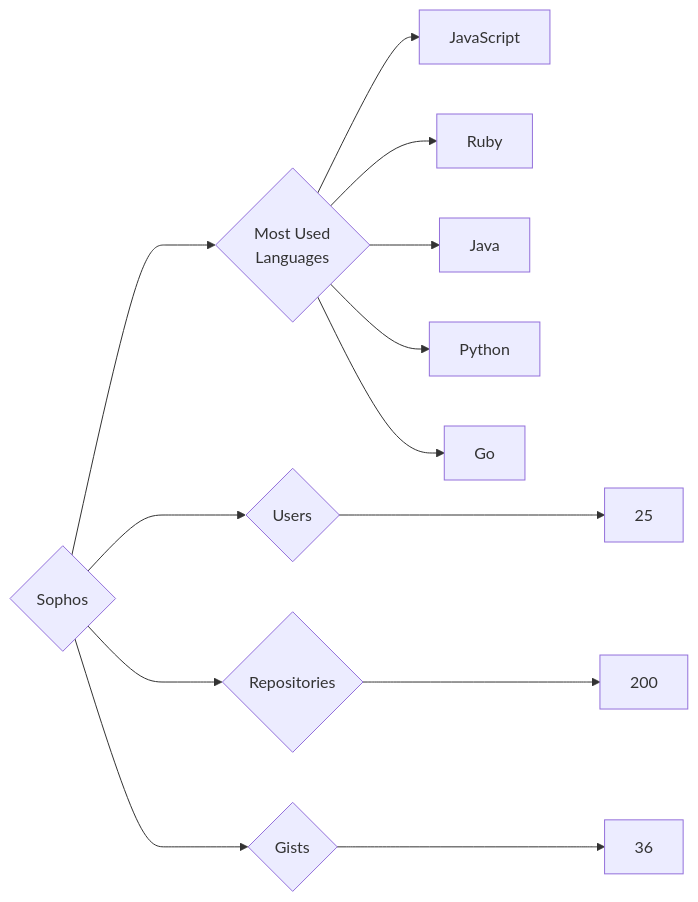
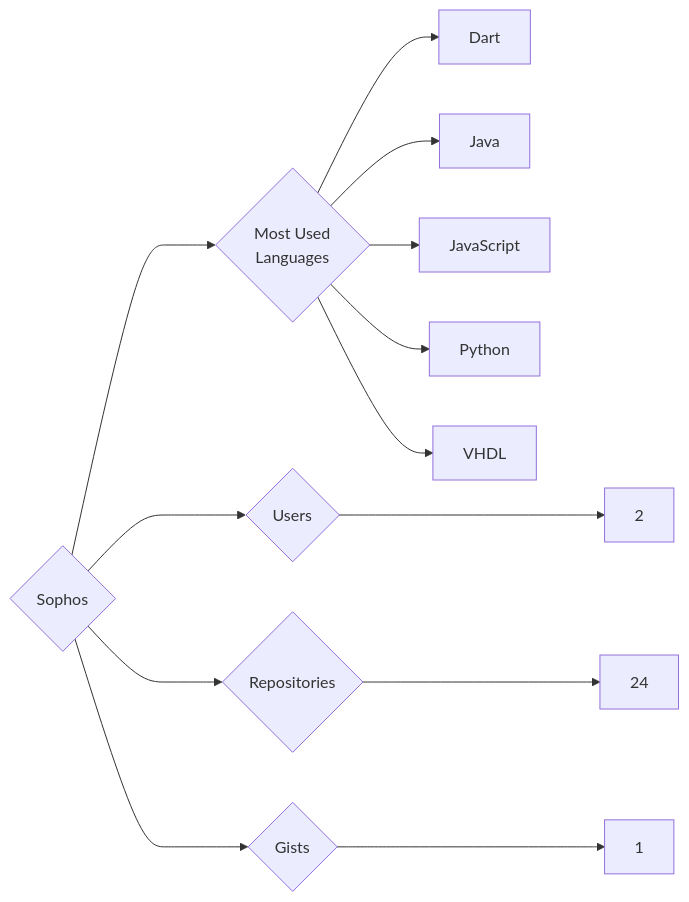
One commit to trickest/insiders changed the diagram in targets/Sophos/README.md. Above: the diagram before and after it, drawn with Mermaid. The commit also changed 835 other files, not shown here.

````diff
--- a/targets/Sophos/README.md
+++ b/targets/Sophos/README.md
@@ -3,13 +3,13 @@
 ```mermaid
 graph LR
 COMPANY_NAME{Sophos}
-COMPANY_NAME ---> U{Users} ---> UN[25]
-COMPANY_NAME ---> R{Repositories} ---> RN[200]
-COMPANY_NAME ---> G{Gists} ---> GN[36]
+COMPANY_NAME ---> U{Users} ---> UN[2]
+COMPANY_NAME ---> R{Repositories} ---> RN[24]
+COMPANY_NAME ---> G{Gists} ---> GN[1]
 COMPANY_NAME ---> ML{Most Used<br>Languages}
+ML --> Dart[Dart]
+ML --> Java[Java]
 ML --> JavaScript[JavaScript]
-ML --> Ruby[Ruby]
-ML --> Java[Java]
 ML --> Python[Python]
-ML --> Go[Go]
+ML --> VHDL[VHDL]
 ```
````
